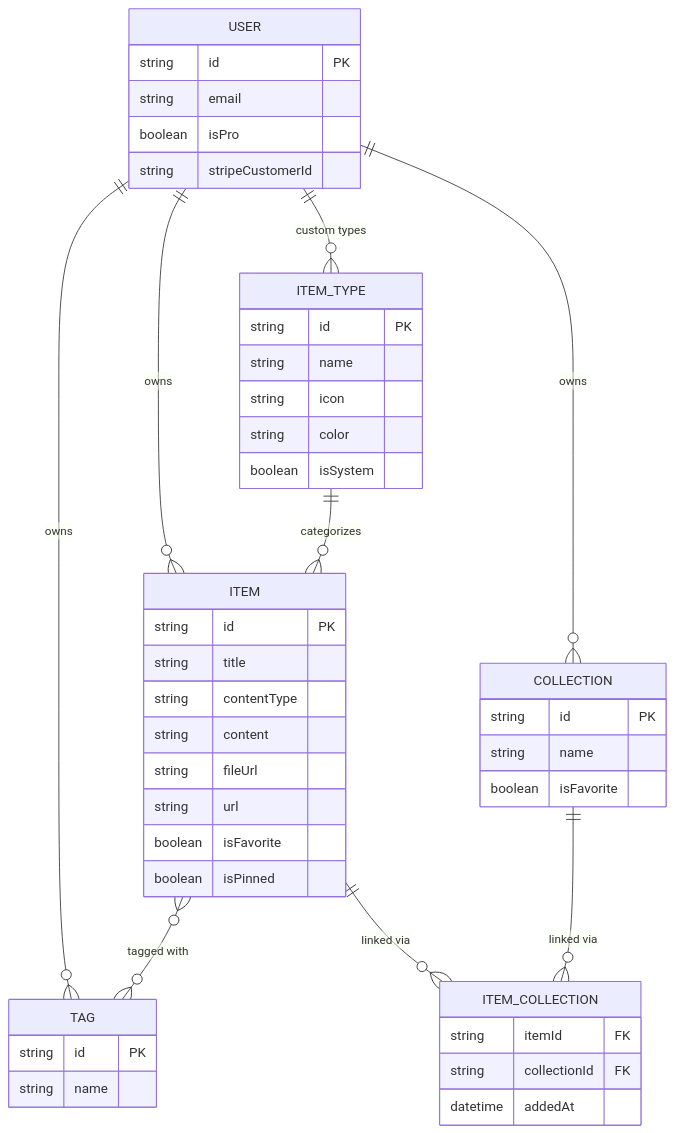
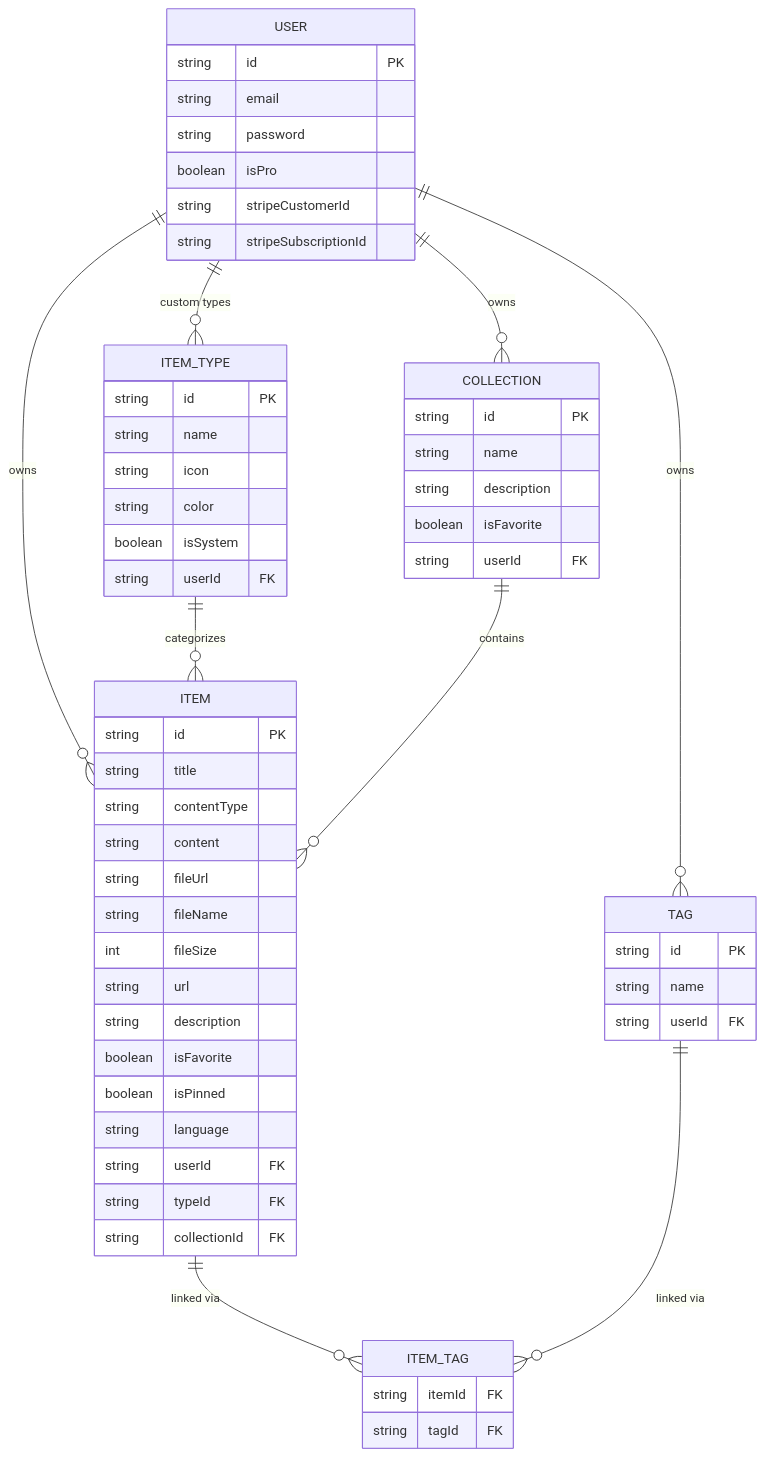
Before and after one commit to Nhukangasniemi/DeveloperStash: the first of 2 diagrams in context/project-overview.md, drawn with Mermaid. The commit also changed other lines of this file and 1 other file, not shown here.

````diff
--- a/context/project-overview.md
+++ b/context/project-overview.md
@@ -118,50 +118,62 @@
 ```mermaid
 erDiagram
     USER ||--o{ ITEM : owns
     USER ||--o{ COLLECTION : owns
     USER ||--o{ ITEM_TYPE : "custom types"
     USER ||--o{ TAG : owns
 
     ITEM_TYPE ||--o{ ITEM : categorizes
-    ITEM }o--o{ TAG : "tagged with"
-    ITEM ||--o{ ITEM_COLLECTION : "linked via"
-    COLLECTION ||--o{ ITEM_COLLECTION : "linked via"
+    COLLECTION ||--o{ ITEM : contains
+    ITEM ||--o{ ITEM_TAG : "linked via"
+    TAG ||--o{ ITEM_TAG : "linked via"
 
     USER {
         string id PK
         string email
+        string password
         boolean isPro
         string stripeCustomerId
+        string stripeSubscriptionId
     }
     ITEM {
         string id PK
         string title
         string contentType
         string content
         string fileUrl
+        string fileName
+        int fileSize
         string url
+        string description
         boolean isFavorite
         boolean isPinned
+        string language
+        string userId FK
+        string typeId FK
+        string collectionId FK
     }
     ITEM_TYPE {
         string id PK
         string name
         string icon
         string color
         boolean isSystem
+        string userId FK
     }
     COLLECTION {
         string id PK
         string name
+        string description
         boolean isFavorite
+        string userId FK
     }
-    ITEM_COLLECTION {
+    ITEM_TAG {
         string itemId FK
-        string collectionId FK
-        datetime addedAt
+        string tagId FK
     }
     TAG {
         string id PK
         string name
+        string userId FK
     }
 ```
````
